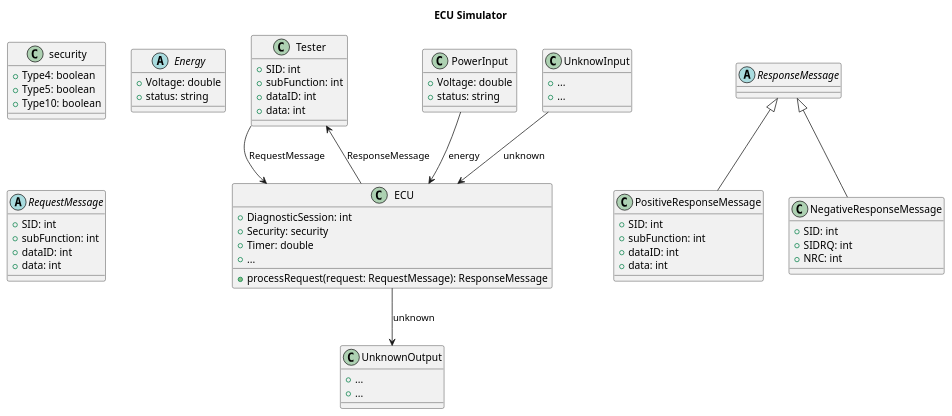
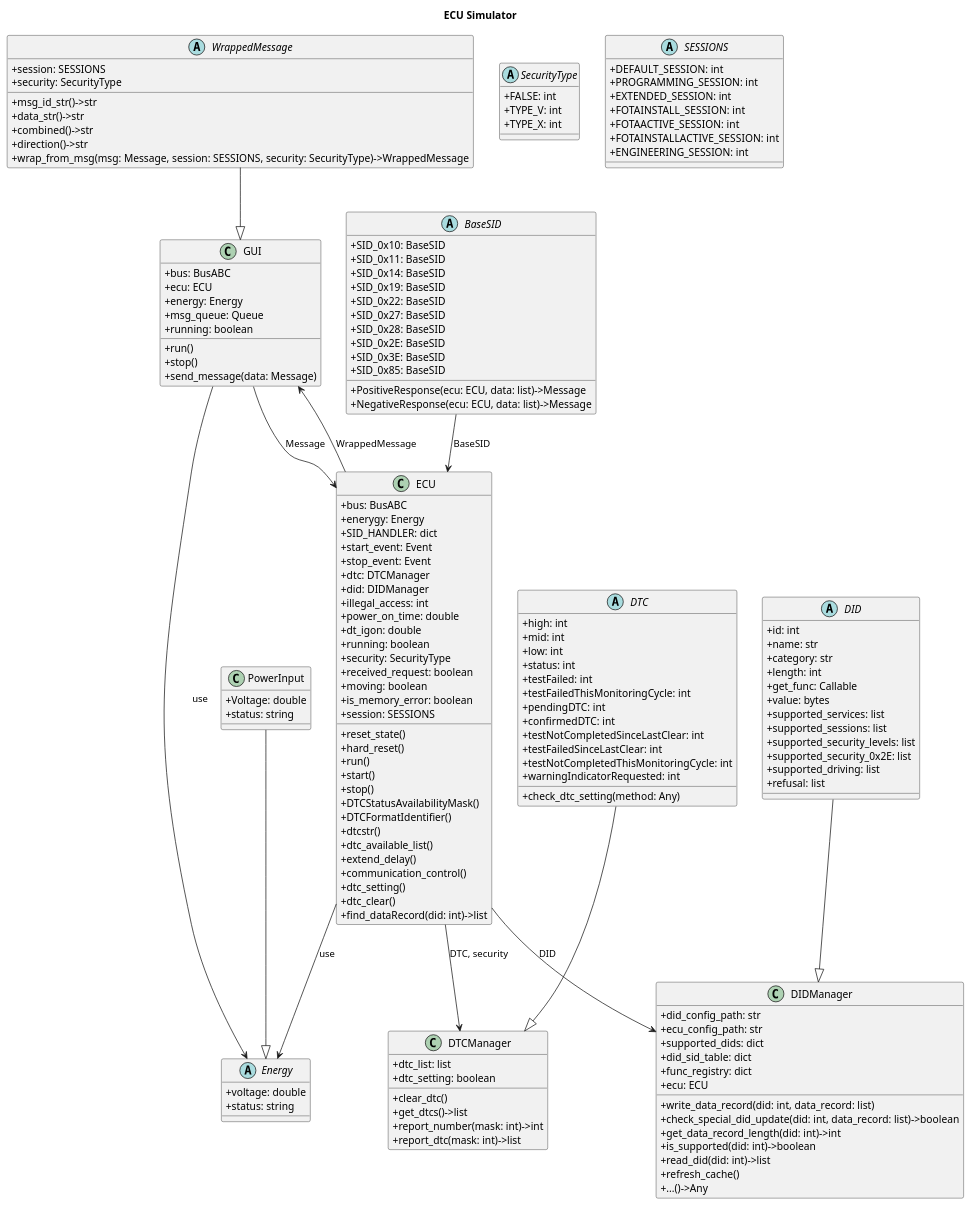
One commit to JiaxiaoH/ecu-simulator changed the diagram in UML/system structure.puml. Above: the diagram before and after it, drawn with PlantUML. The commit also changed 11 other files, not shown here.

```diff
--- a/UML/system structure.puml
+++ b/UML/system structure.puml
@@ -1,73 +1,167 @@
 @startuml ECU Simulator
 title ECU Simulator
-
-class Tester {
-    +SID: int
-    +subFunction: int
-    +dataID: int
-    +data: int
+skinparam classAttributeIconSize 0
+class GUI {
+    +bus: BusABC
+    +ecu: ECU
+    +energy: Energy
+    +msg_queue: Queue
+    +running: boolean
+    +run()
+    +stop()
+    +send_message(data: Message)
 }
 
 class ECU {
-    +DiagnosticSession: int
-    +Security: security
-    +Timer: double
-    +processRequest(request: RequestMessage): ResponseMessage
-    +...
+    +bus: BusABC
+    +enerygy: Energy
+    +SID_HANDLER: dict
+    +start_event: Event
+    +stop_event: Event
+    +dtc: DTCManager
+    +did: DIDManager
+    +illegal_access: int
+    +power_on_time: double
+    +dt_igon: double
+    +running: boolean
+    +security: SecurityType
+    +received_request: boolean
+    +moving: boolean
+    +is_memory_error: boolean
+    +session: SESSIONS
+
+    +reset_state()
+    +hard_reset()
+    +run()
+    +start()
+    +stop()
+    +DTCStatusAvailabilityMask()
+    +DTCFormatIdentifier()
+    +dtcstr()
+    +dtc_available_list()
+    +extend_delay()
+    +communication_control()
+    +dtc_setting()
+    +dtc_clear()
+    +find_dataRecord(did: int)->list
 }
 
-class security{
-    + Type4: boolean
-    + Type5: boolean
-    + Type10: boolean
+abstract class SecurityType{
+    + FALSE: int
+    + TYPE_V: int
+    + TYPE_X: int
 }
 
 abstract class Energy{
-    +Voltage: double
+    +voltage: double
     +status: string
 }
-abstract class RequestMessage {
-    +SID: int
-    +subFunction: int
-    +dataID: int
-    +data: int
-}
-abstract class ResponseMessage {
-}
-' 正向响应消息
-class PositiveResponseMessage extends ResponseMessage {
-    +SID: int
-    +subFunction: int
-    +dataID: int
-    +data: int
+
+abstract class DID{
+    +id: int
+    +name: str
+    +category: str
+    +length: int
+    +get_func: Callable
+    +value: bytes
+    +supported_services: list   
+    +supported_sessions: list
+    +supported_security_levels: list
+    +supported_security_0x2E: list
+    +supported_driving: list
+    +refusal: list
 }
 
-' 负向响应消息
-class NegativeResponseMessage extends ResponseMessage {
-    +SID: int
-    +SIDRQ: int
-    +NRC: int
+class DIDManager{
+    +did_config_path: str
+    +ecu_config_path: str
+    +supported_dids: dict
+    +did_sid_table: dict
+    +func_registry: dict
+    +ecu: ECU
+    +write_data_record(did: int, data_record: list)
+    +check_special_did_update(did: int, data_record: list)->boolean
+    +get_data_record_length(did: int)->int
+    +is_supported(did: int)->boolean
+    +read_did(did: int)->list
+    +refresh_cache()
+    +...()->Any
+}
+
+abstract DTC{
+    +high: int
+    +mid: int
+    +low: int
+    +status: int
+    +testFailed: int
+    +testFailedThisMonitoringCycle: int
+    +pendingDTC: int
+    +confirmedDTC: int
+    +testNotCompletedSinceLastClear: int
+    +testFailedSinceLastClear: int
+    +testNotCompletedThisMonitoringCycle: int
+    +warningIndicatorRequested: int
+    +check_dtc_setting(method: Any)
+}
+
+class DTCManager{
+    +clear_dtc()
+    +get_dtcs()->list
+    +dtc_list: list
+    +dtc_setting: boolean
+    +report_number(mask: int)->int
+    +report_dtc(mask: int)->list
+}
+
+abstract class SESSIONS{
+    +DEFAULT_SESSION: int
+    +PROGRAMMING_SESSION: int
+    +EXTENDED_SESSION: int
+    +FOTAINSTALL_SESSION: int
+    +FOTAACTIVE_SESSION: int
+    +FOTAINSTALLACTIVE_SESSION: int
+    +ENGINEERING_SESSION: int 
+}
+
+abstract class BaseSID{
+    +SID_0x10: BaseSID
+    +SID_0x11: BaseSID
+    +SID_0x14: BaseSID
+    +SID_0x19: BaseSID
+    +SID_0x22: BaseSID
+    +SID_0x27: BaseSID
+    +SID_0x28: BaseSID
+    +SID_0x2E: BaseSID
+    +SID_0x3E: BaseSID
+    +SID_0x85: BaseSID    
+    +PositiveResponse(ecu: ECU, data: list)->Message
+    +NegativeResponse(ecu: ECU, data: list)->Message
 }
 
 class PowerInput {
     +Voltage: double
     +status: string
 }
 
-class UnknowInput {
-    +...
-    +...
+abstract class WrappedMessage{
+    +session: SESSIONS
+    +security: SecurityType
+    +msg_id_str()->str
+    +data_str()->str
+    +combined()->str
+    +direction()->str
+    +wrap_from_msg(msg: Message, session: SESSIONS, security: SecurityType)->WrappedMessage
 }
-
-class UnknownOutput {
-    +...
-    +...
-}
-
-UnknowInput --> ECU : unknown
-PowerInput --> ECU : energy
-Tester --> ECU : RequestMessage
-ECU --> UnknownOutput : unknown
-ECU --> Tester : ResponseMessage
+PowerInput --|> Energy
+DID --|> DIDManager
+DTC --|> DTCManager
+WrappedMessage --|> GUI
+GUI --> Energy : use
+ECU --> Energy : use
+GUI --> ECU : Message
+ECU --> GUI : WrappedMessage
+ECU --> DTCManager : DTC, security
+ECU --> DIDManager : DID
+BaseSID --> ECU: BaseSID
 
 @enduml
```
